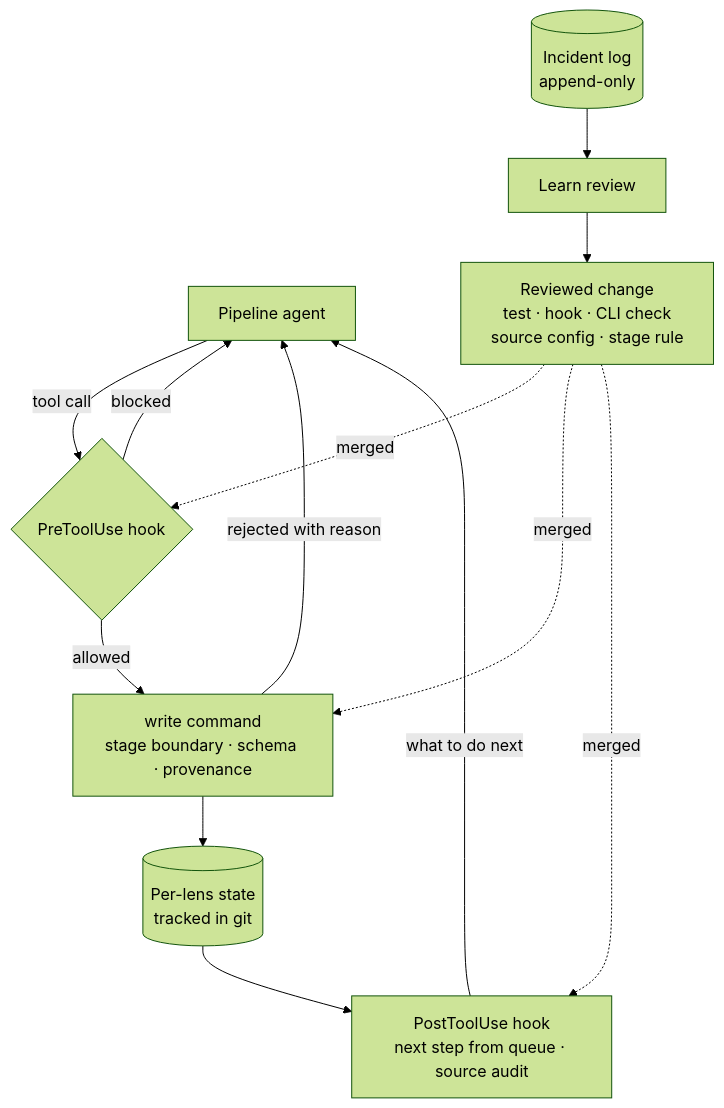
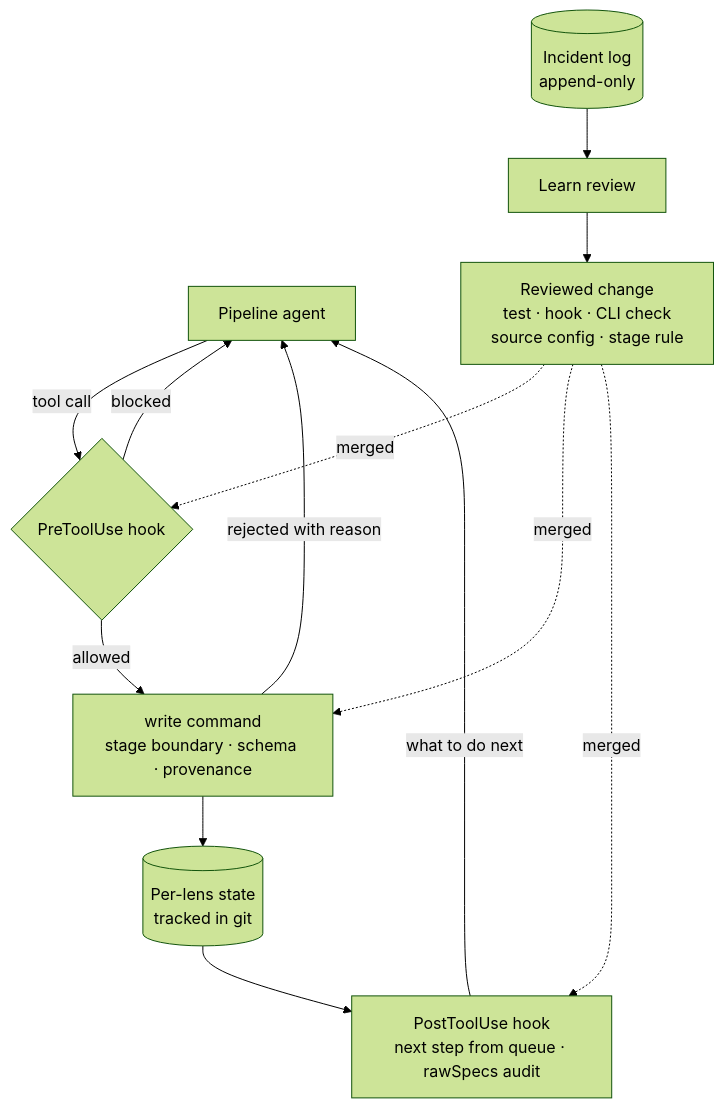
Before and after one commit to sentacraft/atlens: the third of 3 diagrams in README.md, drawn with Mermaid (forest theme). The commit also changed other lines of this file, not shown here.

Commit message:
docs: call the collect audit the rawSpecs quality audit throughout

````diff
--- a/README.md
+++ b/README.md
@@ -265,13 +265,13 @@
 ```mermaid
 flowchart TD
   AGENT["Pipeline agent"] -->|"tool call"| GUARD{"PreToolUse hook"}
   GUARD -->|"blocked"| AGENT
   GUARD -->|"allowed"| WRITE["write command<br/>stage boundary · schema · provenance"]
   WRITE -->|"rejected with reason"| AGENT
   WRITE --> STATE[("Per-lens state<br/>tracked in git")]
-  STATE --> HOOK["PostToolUse hook<br/>next step from queue · source audit"]
+  STATE --> HOOK["PostToolUse hook<br/>next step from queue · rawSpecs audit"]
   HOOK -->|"what to do next"| AGENT
   INCIDENT[("Incident log<br/>append-only")] --> LEARN["Learn review"]
   LEARN --> RULE["Reviewed change<br/>test · hook · CLI check<br/>source config · stage rule"]
   RULE -.->|"merged"| GUARD & WRITE & HOOK
 ```
````
